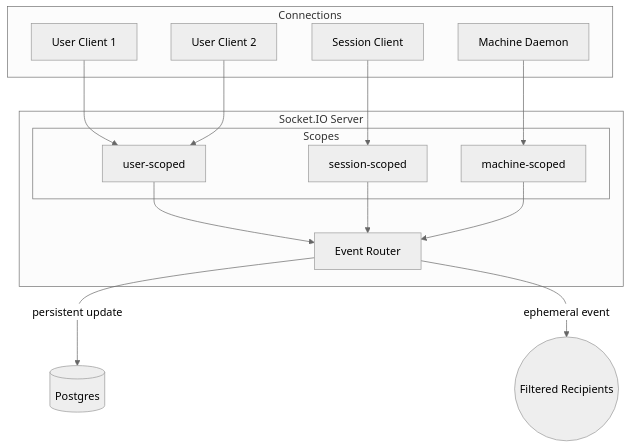
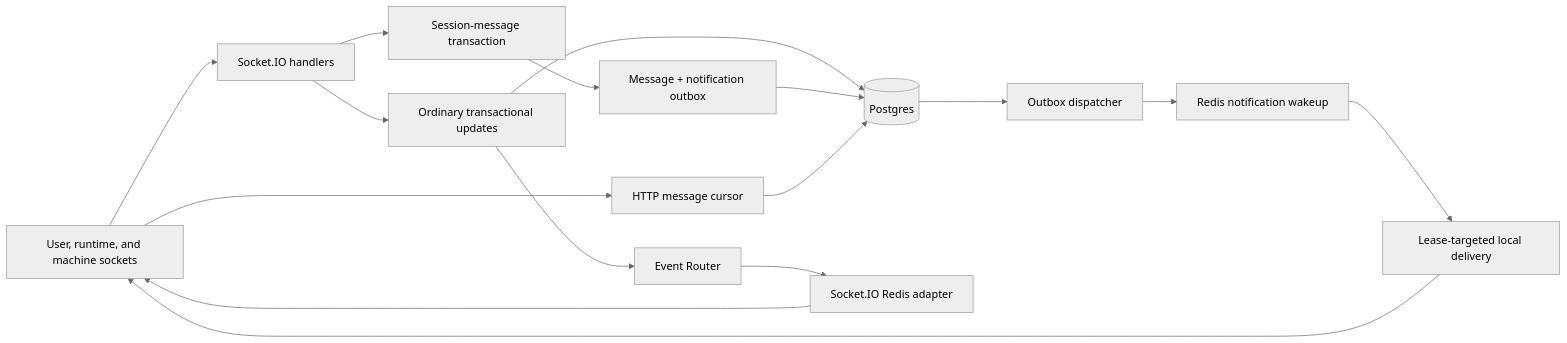
One commit to meow-ch/happy-server changed the fifth of 9 diagrams in docs/backend-architecture.md. Above: the diagram before and after it, drawn with Mermaid (neutral theme). The commit also changed other lines of this file and 10 other files, not shown here.

````diff
--- a/docs/backend-architecture.md
+++ b/docs/backend-architecture.md
@@ -177,28 +193,18 @@
 ```mermaid
-graph TB
-    subgraph Connections
-        U1[User Client 1]
-        U2[User Client 2]
-        S1[Session Client]
-        M1[Machine Daemon]
-    end
-
-    subgraph "Socket.IO Server"
-        Router[Event Router]
-
-        subgraph Scopes
-            US[user-scoped]
-            SS[session-scoped]
-            MS[machine-scoped]
-        end
-    end
-
-    U1 & U2 --> US
-    S1 --> SS
-    M1 --> MS
-
-    US & SS & MS --> Router
-
-    Router --> |persistent update| DB[(Postgres)]
-    Router --> |ephemeral event| Clients((Filtered Recipients))
+flowchart LR
+    Clients[User, runtime, and machine sockets] --> Socket[Socket.IO handlers]
+    Socket --> Ordinary[Ordinary transactional updates]
+    Socket --> Message[Session-message transaction]
+    Ordinary --> PG[(Postgres)]
+    Ordinary --> Router[Event Router]
+    Message --> Atomic[Message + notification outbox]
+    Atomic --> PG
+    PG --> Dispatcher[Outbox dispatcher]
+    Dispatcher --> Wakeup[Redis notification wakeup]
+    Wakeup --> Local[Lease-targeted local delivery]
+    Router --> Adapter[Socket.IO Redis adapter]
+    Local --> Clients
+    Adapter --> Clients
+    Clients --> Cursor[HTTP message cursor]
+    Cursor --> PG
 ```
````
